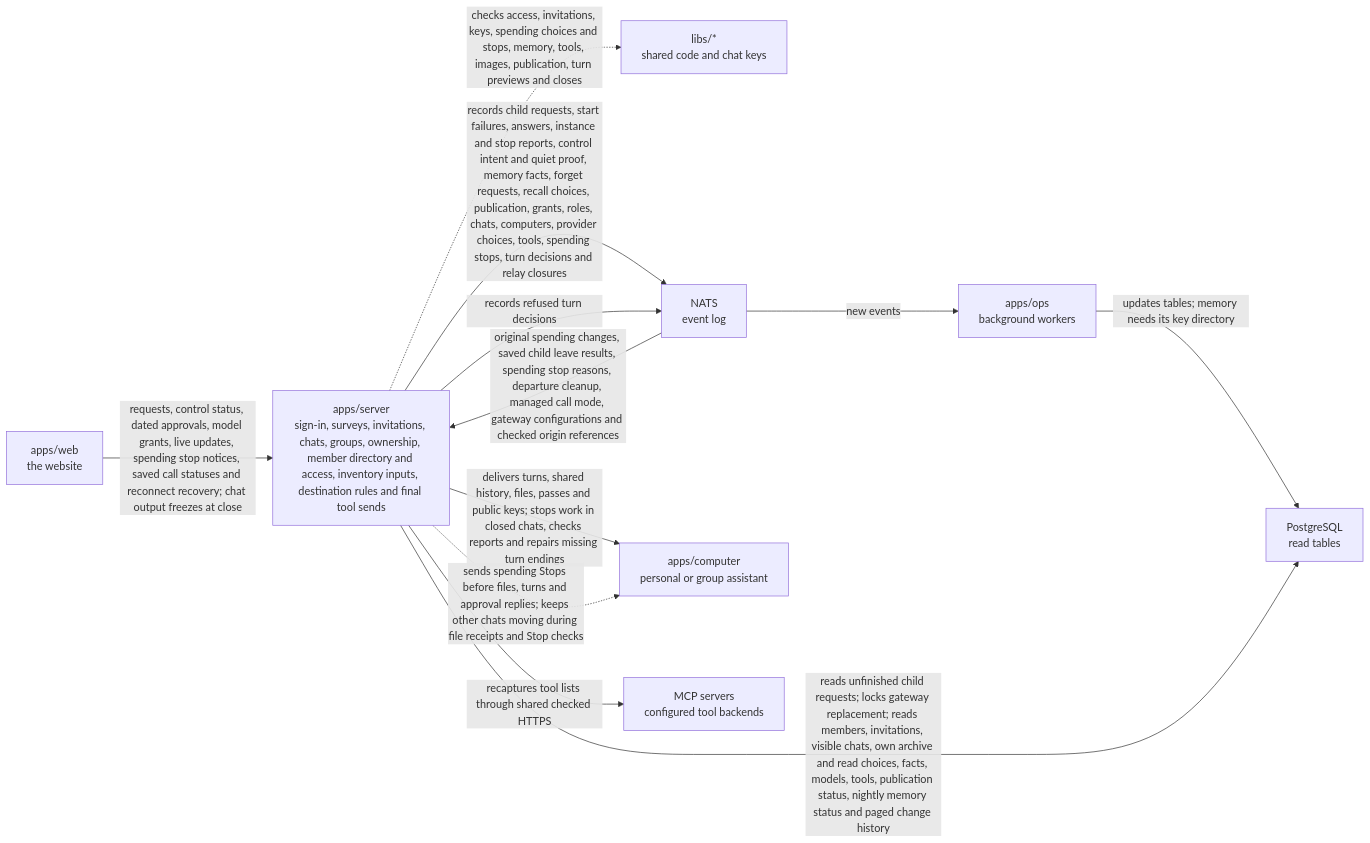
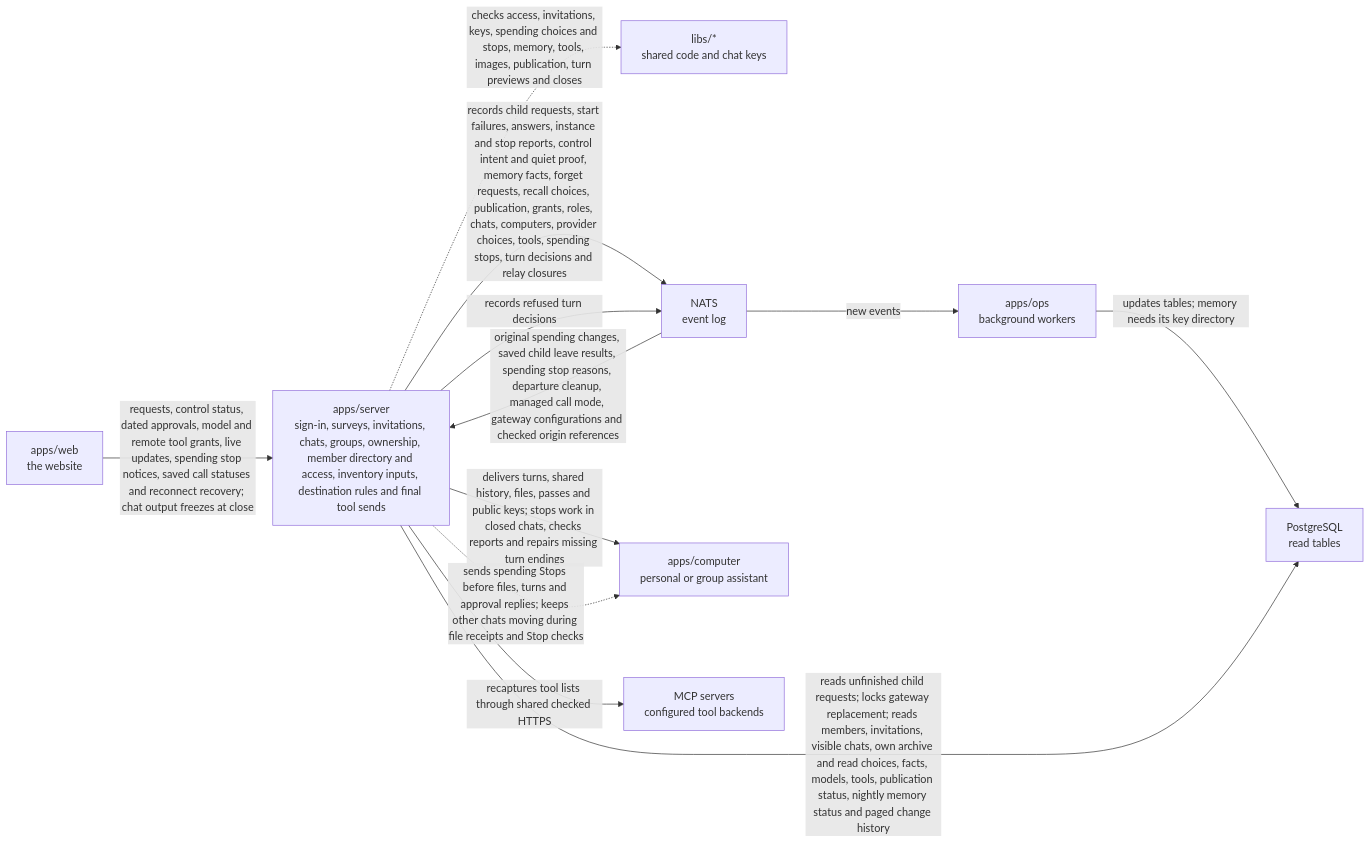
The diagram in apps/server/README.md (elewa-git/opencrane-new), drawn with Mermaid before and after one commit. The commit also changed other lines of this file and 5 other files, not shown here.

Commit message:
🔐 Save remote tool grants with original receipts

````diff
--- a/apps/server/README.md
+++ b/apps/server/README.md
@@ -14,14 +14,14 @@
 ```mermaid
 flowchart LR
-  web["apps/web<br/>the website"] -->|requests, control status, dated approvals, model grants, live updates, spending stop notices, saved call statuses and reconnect recovery; chat output freezes at close| server["apps/server<br/>sign-in, surveys, invitations, chats, groups, ownership, member directory and access, inventory inputs, destination rules and final tool sends"]
+  web["apps/web<br/>the website"] -->|requests, control status, dated approvals, model and remote tool grants, live updates, spending stop notices, saved call statuses and reconnect recovery; chat output freezes at close| server["apps/server<br/>sign-in, surveys, invitations, chats, groups, ownership, member directory and access, inventory inputs, destination rules and final tool sends"]
   server -.->|checks access, invitations, keys, spending choices and stops, memory, tools, images, publication, turn previews and closes| libs["libs/*<br/>shared code and chat keys"]
   server -->|records child requests, start failures, answers, instance and stop reports, control intent and quiet proof, memory facts, forget requests, recall choices, publication, grants, roles, chats, computers, provider choices, tools, spending stops, turn decisions and relay closures| nats["NATS<br/>event log"]
   nats -->|original spending changes, saved child leave results, spending stop reasons, departure cleanup, managed call mode, gateway configurations and checked origin references| server
   nats -->|new events| ops["apps/ops<br/>background workers"]
   ops -->|updates tables; memory needs its key directory| postgres["PostgreSQL<br/>read tables"]
   server -->|reads unfinished child requests; locks gateway replacement; reads members, invitations, visible chats, own archive and read choices, facts, models, tools, publication status, nightly memory status and paged change history| postgres
   server -->|delivers turns, shared history, files, passes and public keys; stops work in closed chats, checks reports and repairs missing turn endings| computer["apps/computer<br/>personal or group assistant"]
   server -->|recaptures tool lists through shared checked HTTPS| mcp["MCP servers<br/>configured tool backends"]
   server -.->|sends spending Stops before files, turns and approval replies; keeps other chats moving during file receipts and Stop checks| computer
   server -->|records refused turn decisions| nats
 ```
````
